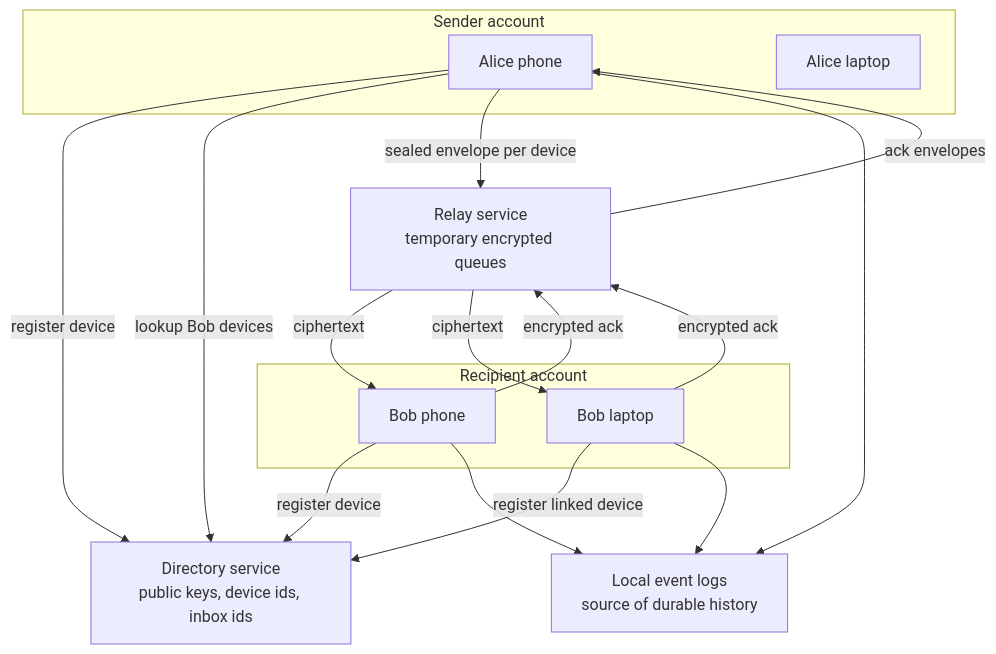
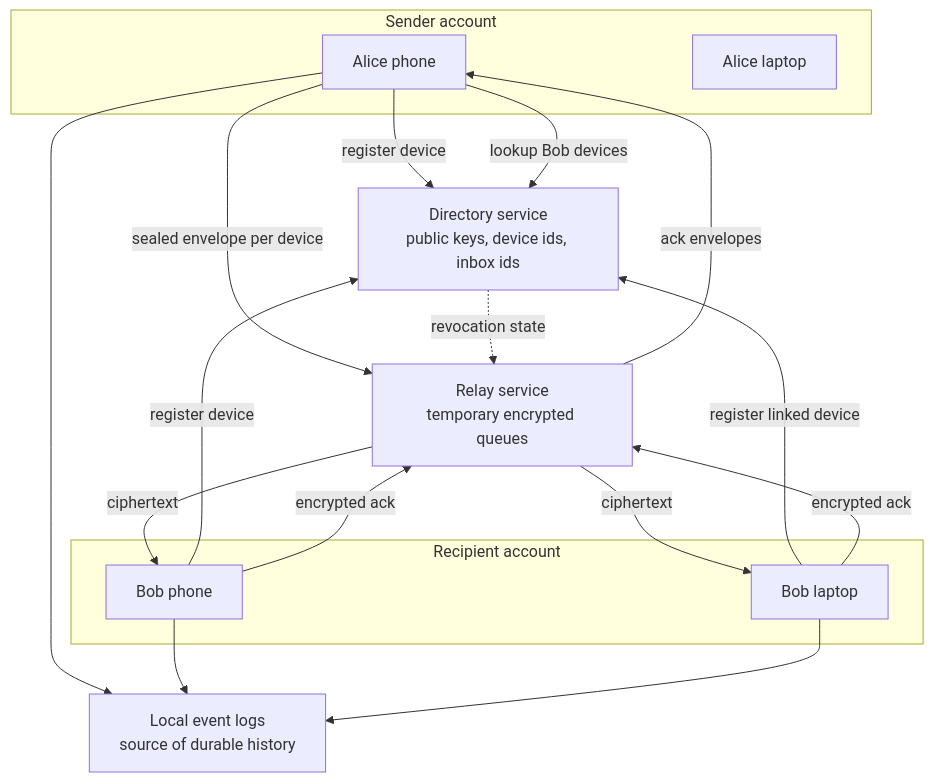
One commit to vaka47/resilient-messenger-protocol changed the diagram in docs/architecture.md. Above: the diagram before and after it, drawn with Mermaid. The commit also changed other lines of this file and 21 other files, not shown here.

````diff
--- a/docs/architecture.md
+++ b/docs/architecture.md
@@ -9,32 +9,33 @@
 ```mermaid
 flowchart TB
   subgraph ClientA["Sender account"]
     A1["Alice phone"]
     A2["Alice laptop"]
   end
 
   subgraph ClientB["Recipient account"]
     B1["Bob phone"]
     B2["Bob laptop"]
   end
 
   Directory["Directory service\npublic keys, device ids, inbox ids"]
   Relay["Relay service\ntemporary encrypted queues"]
   LocalLogs["Local event logs\nsource of durable history"]
 
   A1 -->|"register device"| Directory
   B1 -->|"register device"| Directory
   B2 -->|"register linked device"| Directory
 
   A1 -->|"lookup Bob devices"| Directory
   A1 -->|"sealed envelope per device"| Relay
   Relay -->|"ciphertext"| B1
   Relay -->|"ciphertext"| B2
   B1 -->|"encrypted ack"| Relay
   B2 -->|"encrypted ack"| Relay
   Relay -->|"ack envelopes"| A1
+  Directory -. "revocation state" .-> Relay
 
   A1 --> LocalLogs
   B1 --> LocalLogs
   B2 --> LocalLogs
 ```
````
